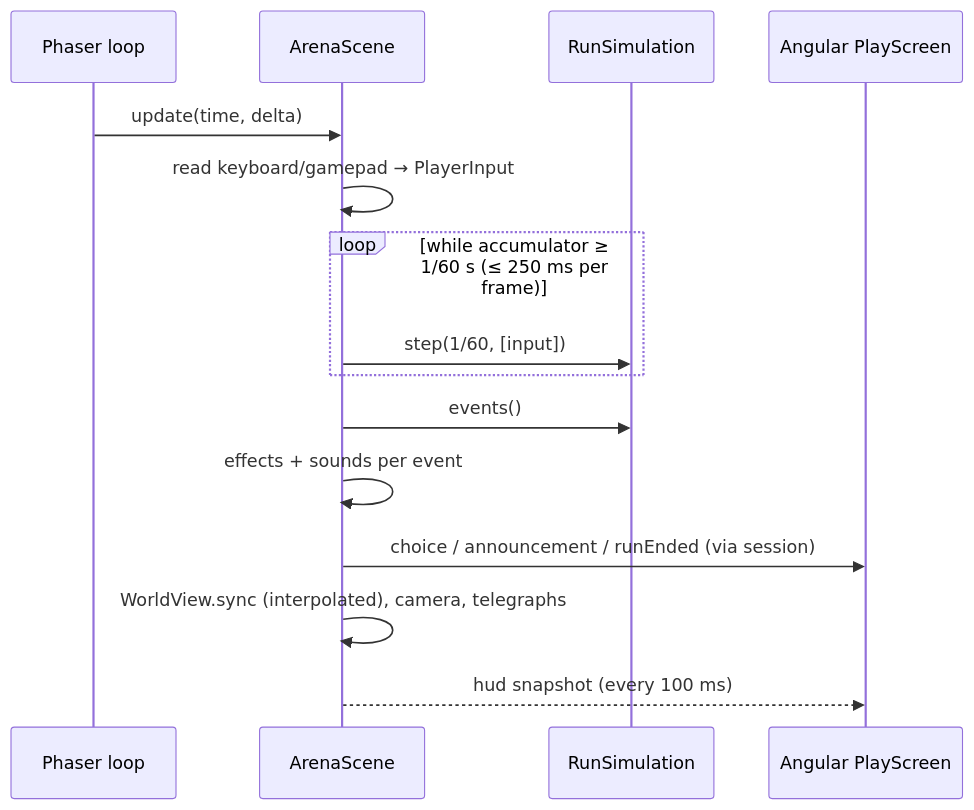
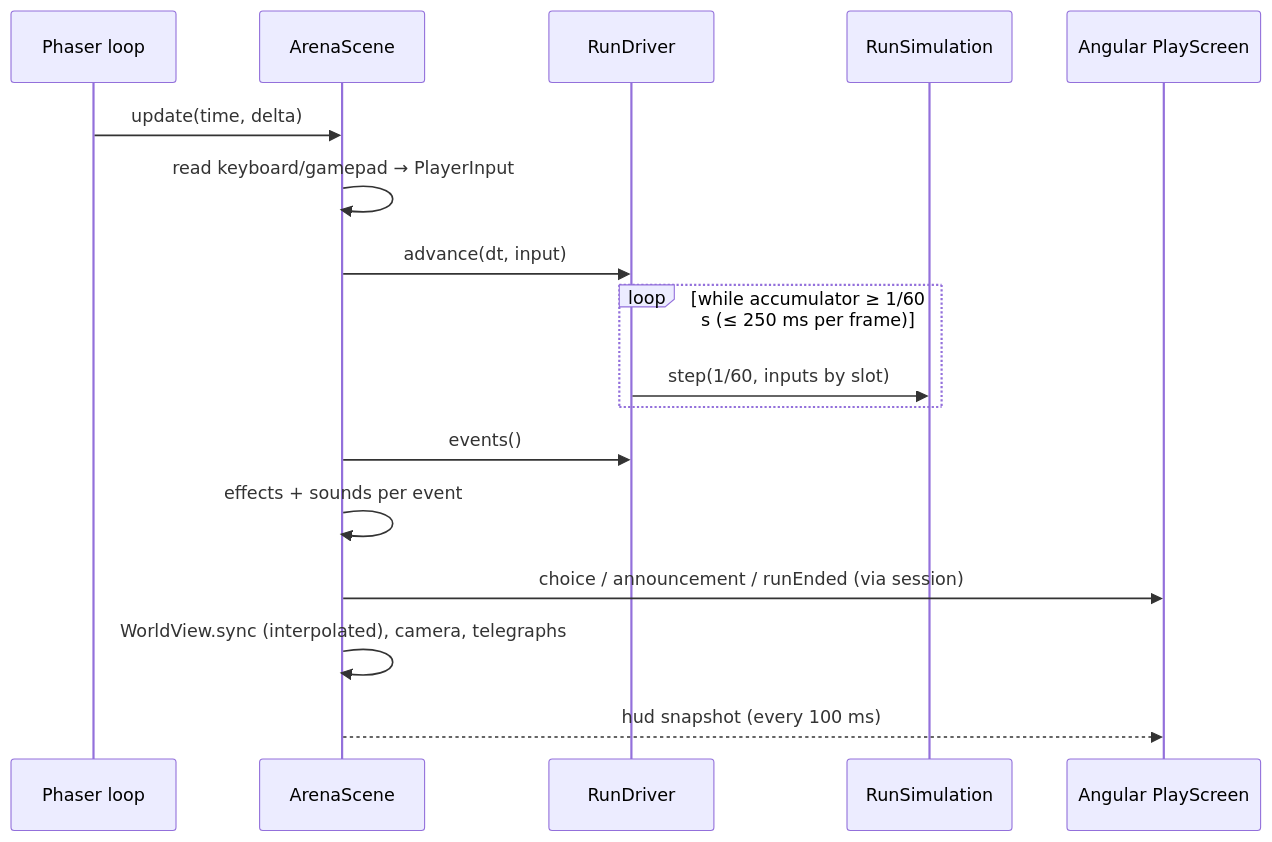
The second of 3 diagrams in docs/architecture.md (David-Letonja-CTG/Olympus-Unbound), drawn with Mermaid before and after one commit. The commit also changed other lines of this file and 54 other files, not shown here.

````diff
--- a/docs/architecture.md
+++ b/docs/architecture.md
@@ -111,17 +115,19 @@
 ```mermaid
 sequenceDiagram
   participant P as Phaser loop
   participant S as ArenaScene
+  participant D as RunDriver
   participant R as RunSimulation
   participant A as Angular PlayScreen
   P->>S: update(time, delta)
   S->>S: read keyboard/gamepad → PlayerInput
+  S->>D: advance(dt, input)
   loop while accumulator ≥ 1/60 s (≤ 250 ms per frame)
-    S->>R: step(1/60, [input])
+    D->>R: step(1/60, inputs by slot)
   end
-  S->>R: events()
+  S->>D: events()
   S->>S: effects + sounds per event
   S->>A: choice / announcement / runEnded (via session)
   S->>S: WorldView.sync (interpolated), camera, telegraphs
   S-->>A: hud snapshot (every 100 ms)
 ```
````
